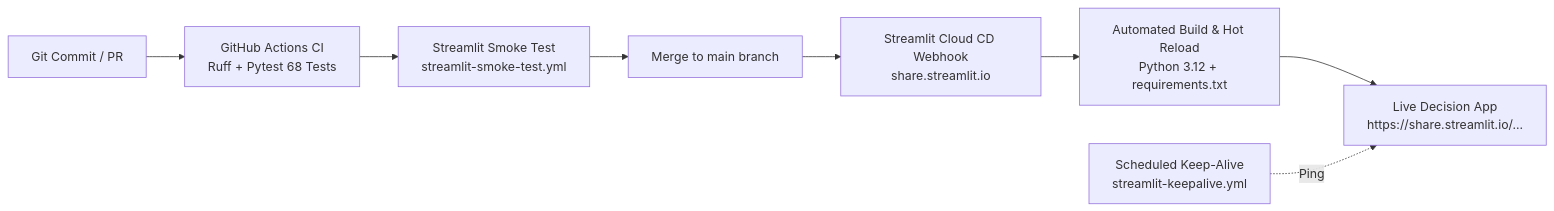
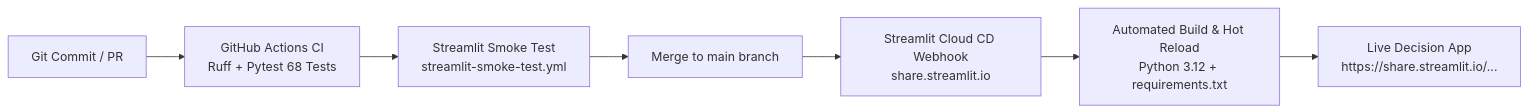
Before and after one commit to ronaldgosso/bank-churn: the diagram in DEPLOYMENT.md, drawn with Mermaid. The commit also changed other lines of this file and 1 other file, not shown here.

First line of the commit message:
refactor: replace GitHub Actions keepalive with Cloudflare Workers

````diff
--- a/DEPLOYMENT.md
+++ b/DEPLOYMENT.md
@@ -20,10 +20,9 @@
 ```mermaid
 flowchart LR
     A[Git Commit / PR] --> B[GitHub Actions CI<br/>Ruff + Pytest 68 Tests]
     B --> C[Streamlit Smoke Test<br/>streamlit-smoke-test.yml]
     C --> D[Merge to main branch]
     D --> E[Streamlit Cloud CD Webhook<br/>share.streamlit.io]
     E --> F[Automated Build & Hot Reload<br/>Python 3.12 + requirements.txt]
     F --> G[Live Decision App<br/>https://share.streamlit.io/...]
-    H[Scheduled Keep-Alive<br/>streamlit-keepalive.yml] -.->|Ping| G
 ```
````
